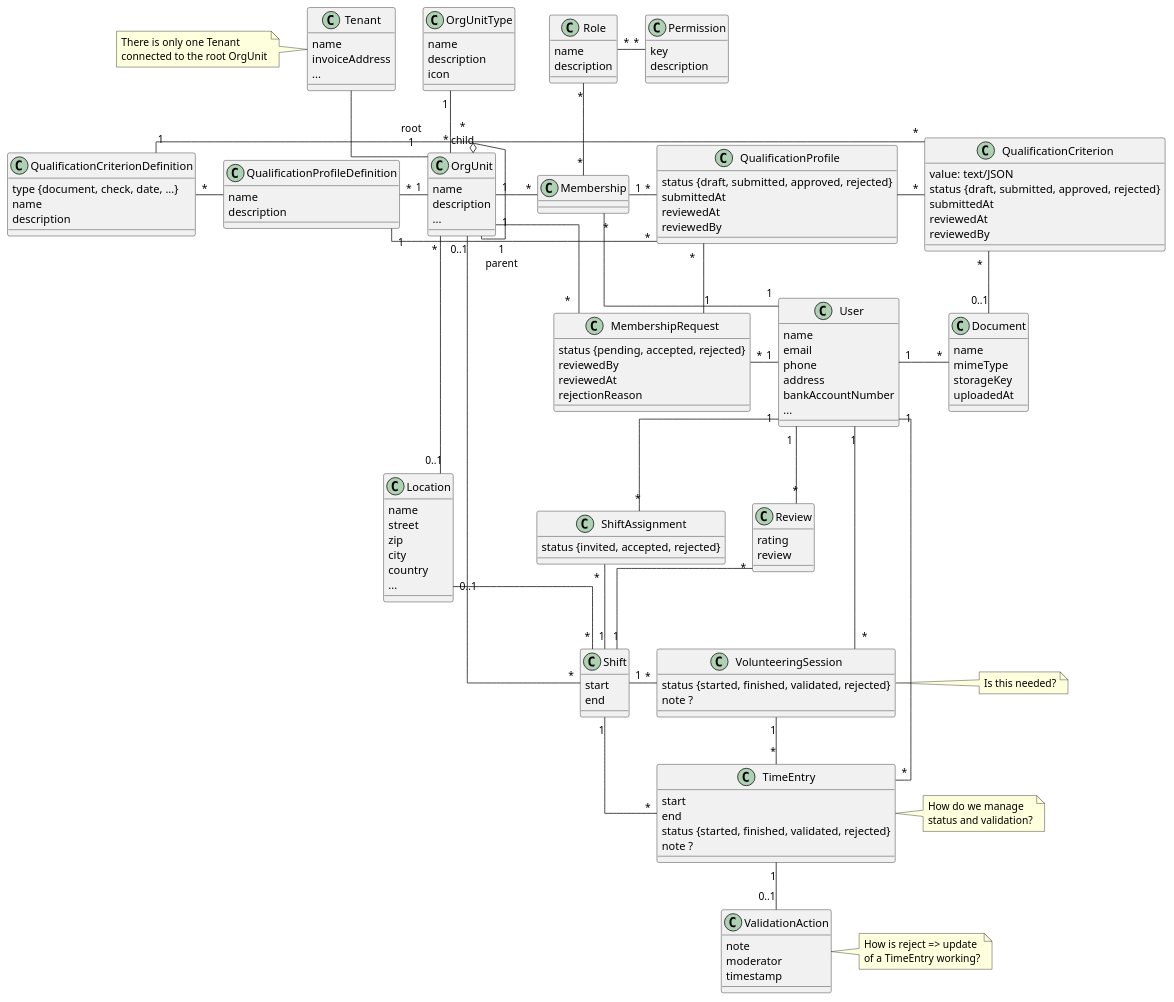
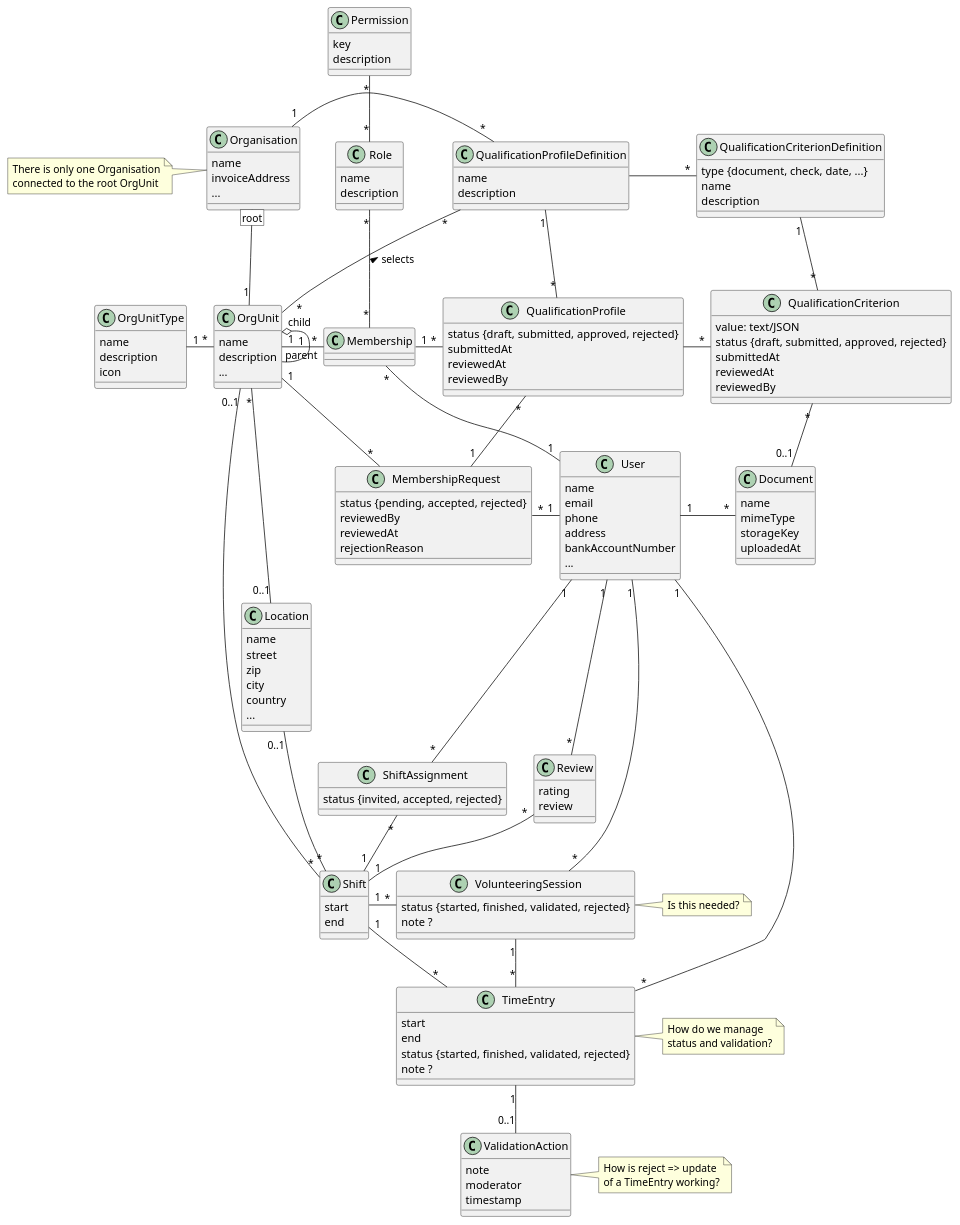
The diagram in models/model.plantuml (holi-social/caluno), drawn with PlantUML before and after one commit.

Commit message:
model: update model layout

```diff
--- a/models/model.plantuml
+++ b/models/model.plantuml
@@ -1,150 +1,151 @@
 @startuml clippy
-skinparam linetype ortho
-class Tenant {
+class Organisation {
     name
     invoiceAddress
     ...
 }
-note left: There is only one Tenant\nconnected to the root OrgUnit
+note left: There is only one Organisation\nconnected to the root OrgUnit
 class OrgUnit {
     name
     description
     ...
 }
 class OrgUnitType {
     name
     description
     icon
 }
 class Location {
     name
     street
     zip
     city
     country
     ...
 }
 class User {
     name
     email
     phone
     address
     bankAccountNumber
     ...
 }
 class Shift {
     start
     end
 }
 class TimeEntry {
     start
     end
     status {started, finished, validated, rejected}
     note ?
 }
 note right: How do we manage\nstatus and validation?
 class Membership {
 }
 class Role {
     name
     description
 }
 class Permission {
     key
     description
 }
 class MembershipRequest {
     status {pending, accepted, rejected}
     reviewedBy
     reviewedAt
     rejectionReason
 }
 class ShiftAssignment {
     status {invited, accepted, rejected}
 }
 class Review {
     rating
     review
 }
 class VolunteeringSession {
     status {started, finished, validated, rejected}
     note ?
 }
 note right: Is this needed?
 class ValidationAction {
     note
     moderator
     timestamp
 }
 note right: How is reject => update\nof a TimeEntry working?
 
 class QualificationProfileDefinition {
     name
     description
 }
 class QualificationCriterionDefinition {
     type {document, check, date, ...}
     name
     description
 }
 class QualificationProfile {
     status {draft, submitted, approved, rejected}
     submittedAt
     reviewedAt
     reviewedBy
 }
 class QualificationCriterion {
     value: text/JSON
     status {draft, submitted, approved, rejected}
     submittedAt
     reviewedAt
     reviewedBy
 }
+
 class Document {
     name
     mimeType
     storageKey
     uploadedAt
 }
 
-Tenant -down- "root\n1" OrgUnit
-OrgUnit "*" -up- "1" OrgUnitType
+Organisation [root] -down- "1" OrgUnit
+OrgUnit "*" -left- "1" OrgUnitType
 OrgUnit "*\nchild" o-- "1\nparent" OrgUnit
 OrgUnit "0..1" -- "*" Shift
 OrgUnit "1" -right- "*" Membership
 Membership "*" -down- "1" User
 
 OrgUnit "1" -down- "*" MembershipRequest
 MembershipRequest "*" -right- "1" User
 
 Location "0..1" -up- "*" OrgUnit
 Location "0..1" -right- "*" Shift
 
-Role "*" -right- "*" Permission
+Role "*" -up- "*" Permission
 
 Role "*" -- "*" Membership
 
-OrgUnit "1" -left- "*" QualificationProfileDefinition
-QualificationProfileDefinition -left- "*" QualificationCriterionDefinition
+OrgUnit -up- "*" QualificationProfileDefinition : selects >
+Organisation "1" -right- "*" QualificationProfileDefinition
+QualificationProfileDefinition -right- "*" QualificationCriterionDefinition
 
 User "1" -right- "*" Document
 QualificationCriterion "*" -down- "0..1" Document
 Membership "1" -right- "*" QualificationProfile
 QualificationProfile -right- "*" QualificationCriterion
 MembershipRequest "1" -left- "*" QualificationProfile
 
-QualificationProfile "*" -left- "1" QualificationProfileDefinition
-QualificationCriterion "*" -left- "1" QualificationCriterionDefinition
+QualificationProfile "*" -up- "1" QualificationProfileDefinition
+QualificationCriterion "*" -up- "1" QualificationCriterionDefinition
 
 ShiftAssignment "*" -up- "1" User
 Shift "1" -up- "*" ShiftAssignment
 Review "*" -up- "1" User
 Shift "1" -up- "*" Review
 TimeEntry "*" -up- "1" User
 TimeEntry "*" -- "1" Shift
 VolunteeringSession "*" -up- "1" User
 VolunteeringSession "*" -left- "1" Shift
 VolunteeringSession "1" -- "*" TimeEntry
 TimeEntry "1" -- "0..1" ValidationAction
 
 @enduml
```
